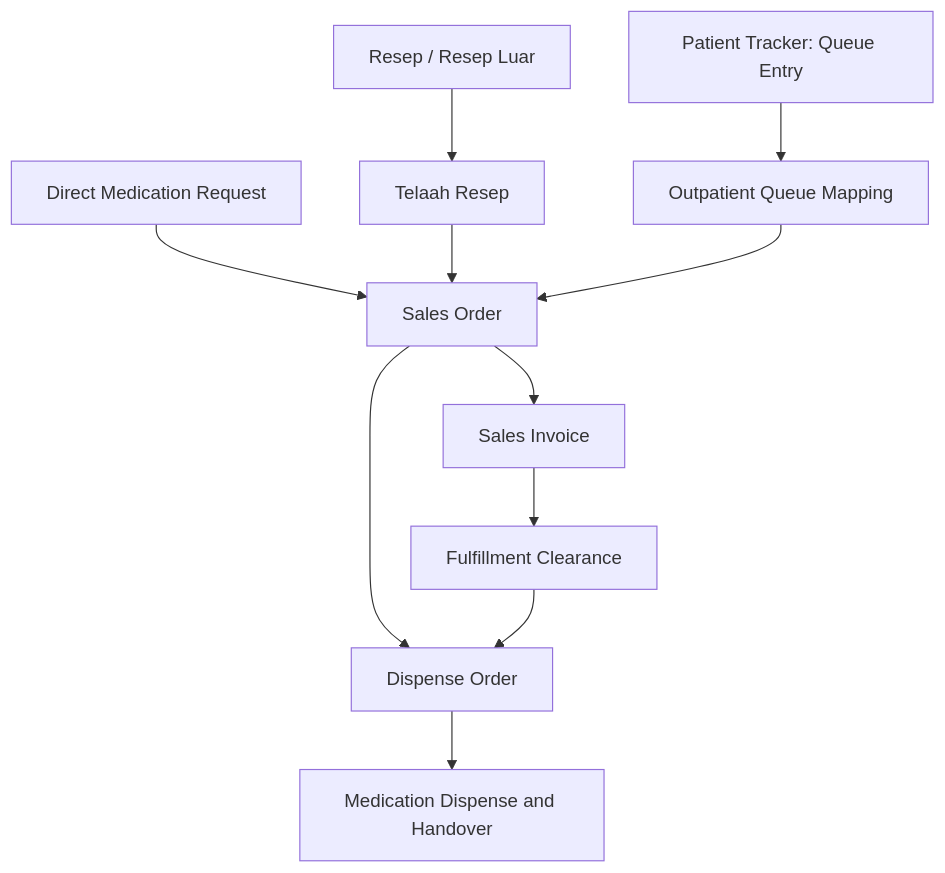
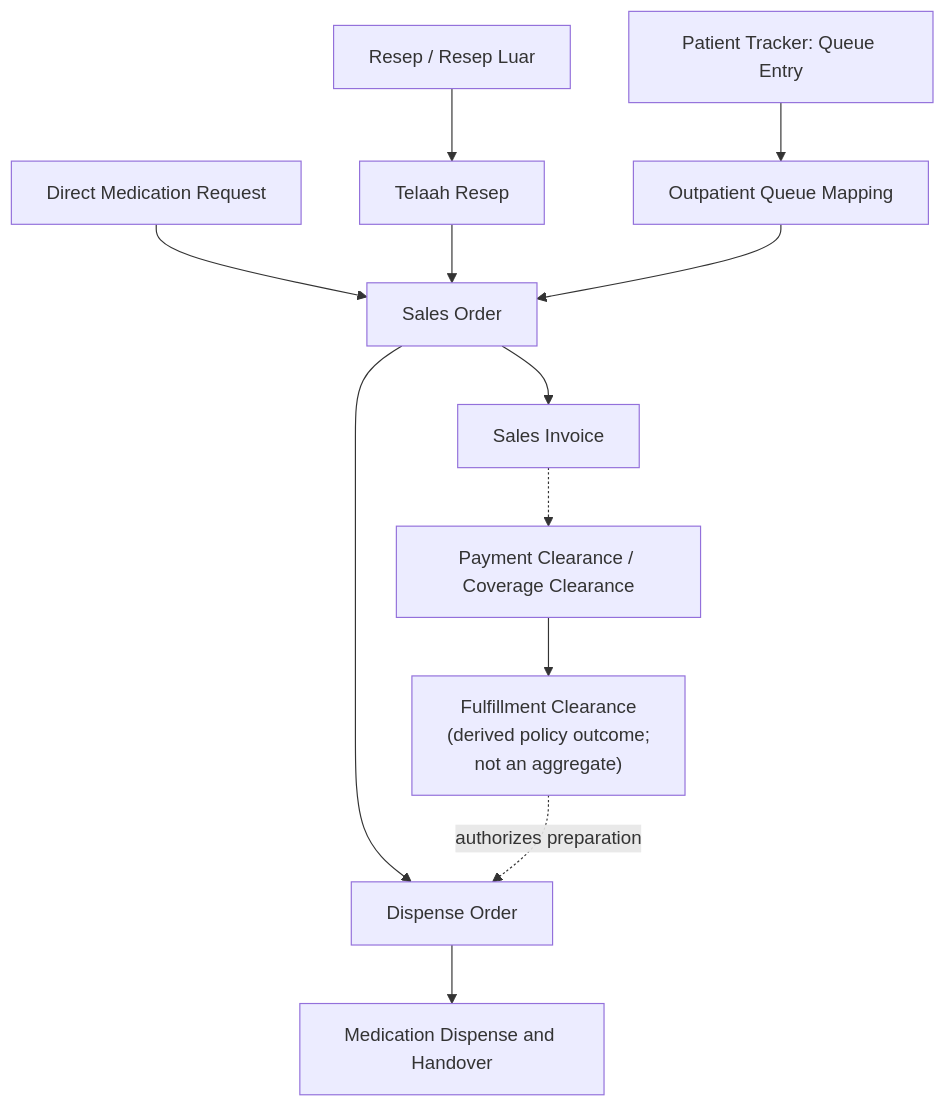
One commit to smart-ics/b09-bilreg-api changed the diagram in docs/contexts/apotek/outpatient-apotek-screen-and-aggregate-design.md. Above: the diagram before and after it, drawn with Mermaid. The commit also changed other lines of this file, not shown here.

````diff
--- a/docs/contexts/apotek/outpatient-apotek-screen-and-aggregate-design.md
+++ b/docs/contexts/apotek/outpatient-apotek-screen-and-aggregate-design.md
@@ -161,13 +246,14 @@
 ```mermaid
 flowchart TD
   RX["Resep / Resep Luar"] --> TR["Telaah Resep"]
   DR["Direct Medication Request"] --> SO["Sales Order"]
   TR --> SO
   Q["Patient Tracker: Queue Entry"] --> MAP["Outpatient Queue Mapping"]
   MAP --> SO
   SO --> INV["Sales Invoice"]
   SO --> DO["Dispense Order"]
-  INV --> CLR["Fulfillment Clearance"]
-  CLR --> DO
+  PAY["Payment Clearance / Coverage Clearance"] --> CLR["Fulfillment Clearance\n(derived policy outcome;\nnot an aggregate)"]
+  INV -.-> PAY
+  CLR -.->|"authorizes preparation"| DO
   DO --> HO["Medication Dispense and Handover"]
 ```
````
